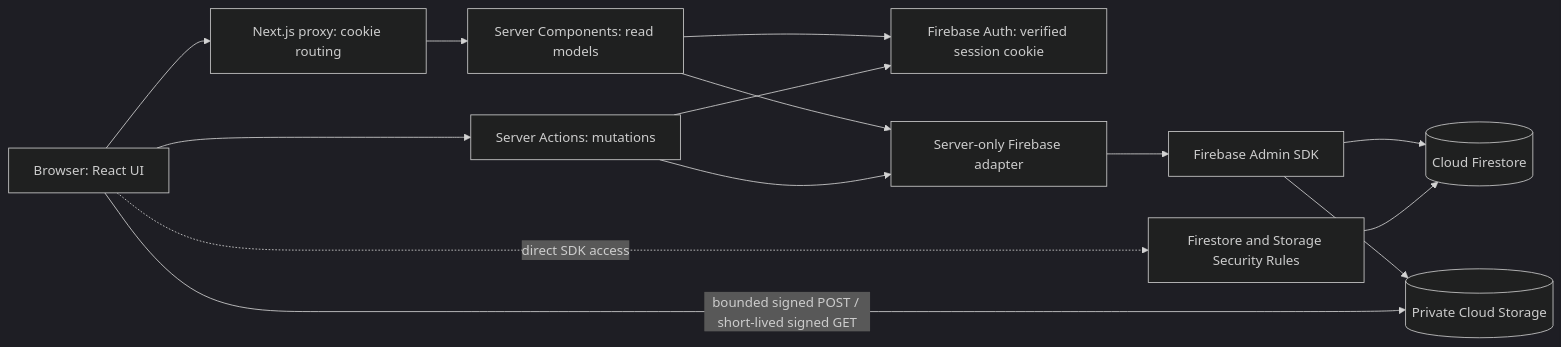
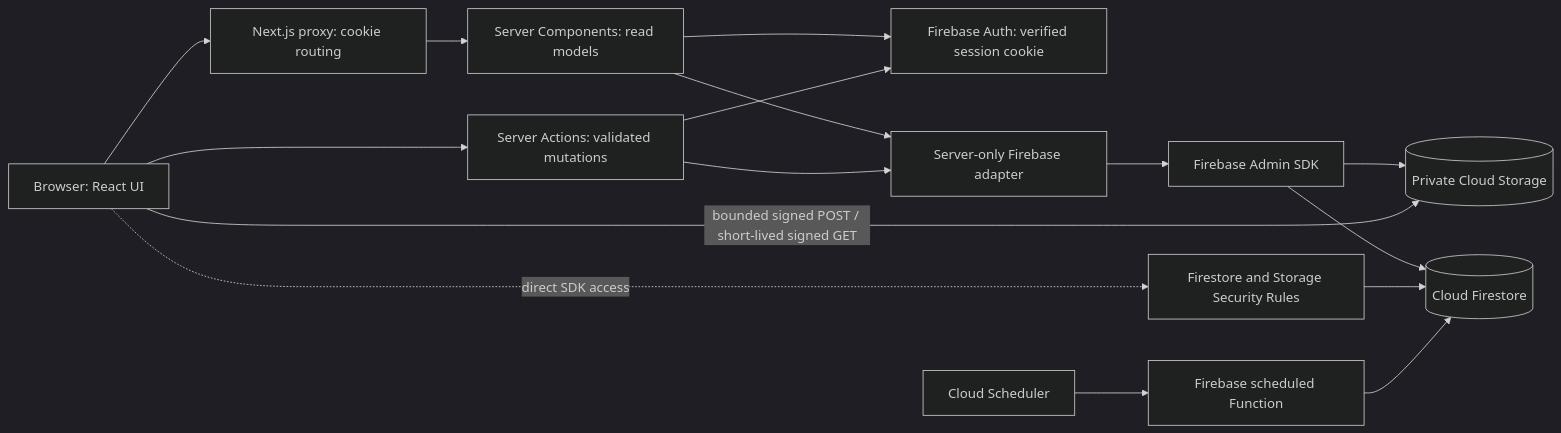
One commit to GhassanKMiqdad/ghassankmiqdad changed the diagram in research-team-platform/docs/ARCHITECTURE.md. Above: the diagram before and after it, drawn with Mermaid (dark theme). The commit also changed other lines of this file and 76 other files, not shown here.

````diff
--- a/research-team-platform/docs/ARCHITECTURE.md
+++ b/research-team-platform/docs/ARCHITECTURE.md
@@ -5,16 +5,18 @@
 ```mermaid
 flowchart LR
   Browser[Browser: React UI] --> Proxy[Next.js proxy: cookie routing]
   Proxy --> RSC[Server Components: read models]
-  Browser --> SA[Server Actions: mutations]
+  Browser --> SA[Server Actions: validated mutations]
   RSC --> Auth[Firebase Auth: verified session cookie]
   SA --> Auth
   RSC --> Adapter[Server-only Firebase adapter]
   SA --> Adapter
   Adapter --> Admin[Firebase Admin SDK]
   Admin --> FS[(Cloud Firestore)]
   Admin --> Storage[(Private Cloud Storage)]
   Browser -->|bounded signed POST / short-lived signed GET| Storage
   Browser -. direct SDK access .-> Rules[Firestore and Storage Security Rules]
   Rules --> FS
+  Scheduler[Cloud Scheduler] --> Function[Firebase scheduled Function]
+  Function --> FS
 ```
````
